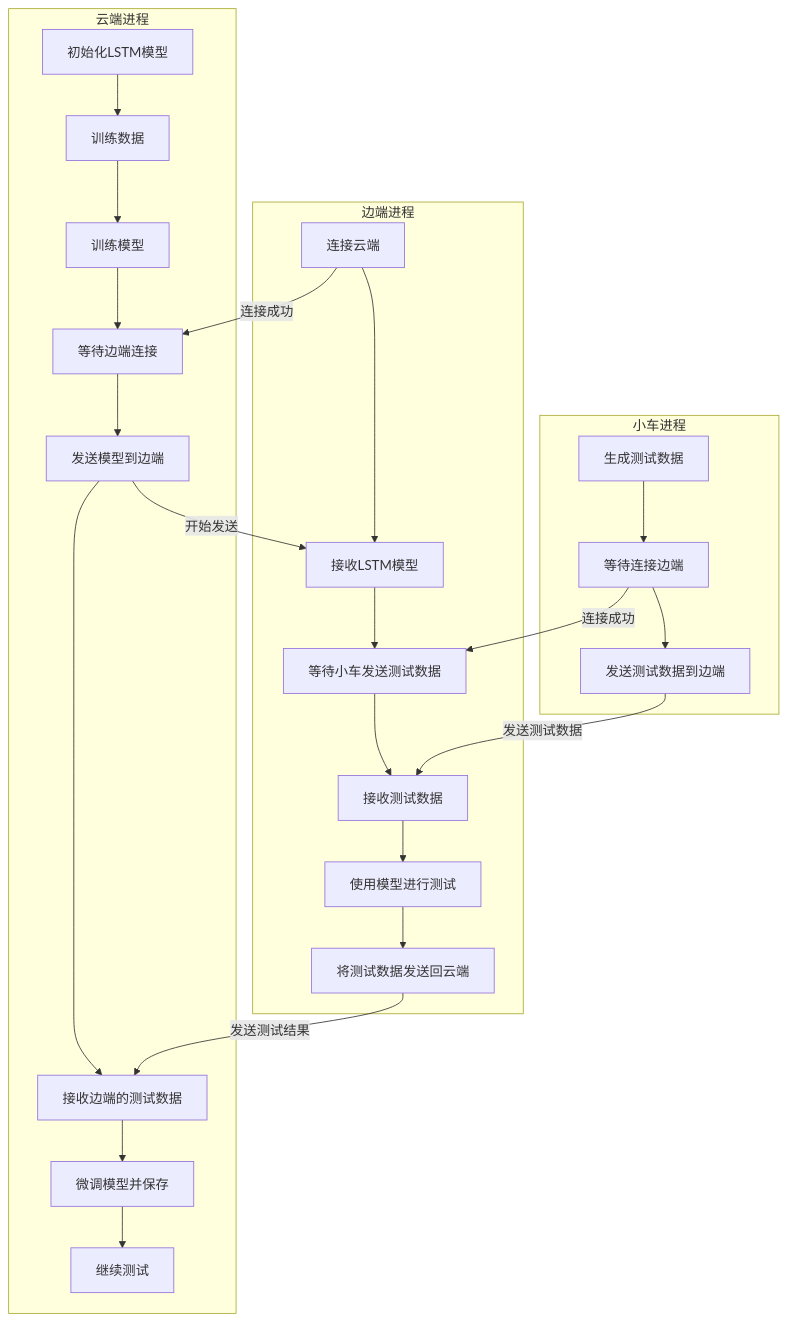
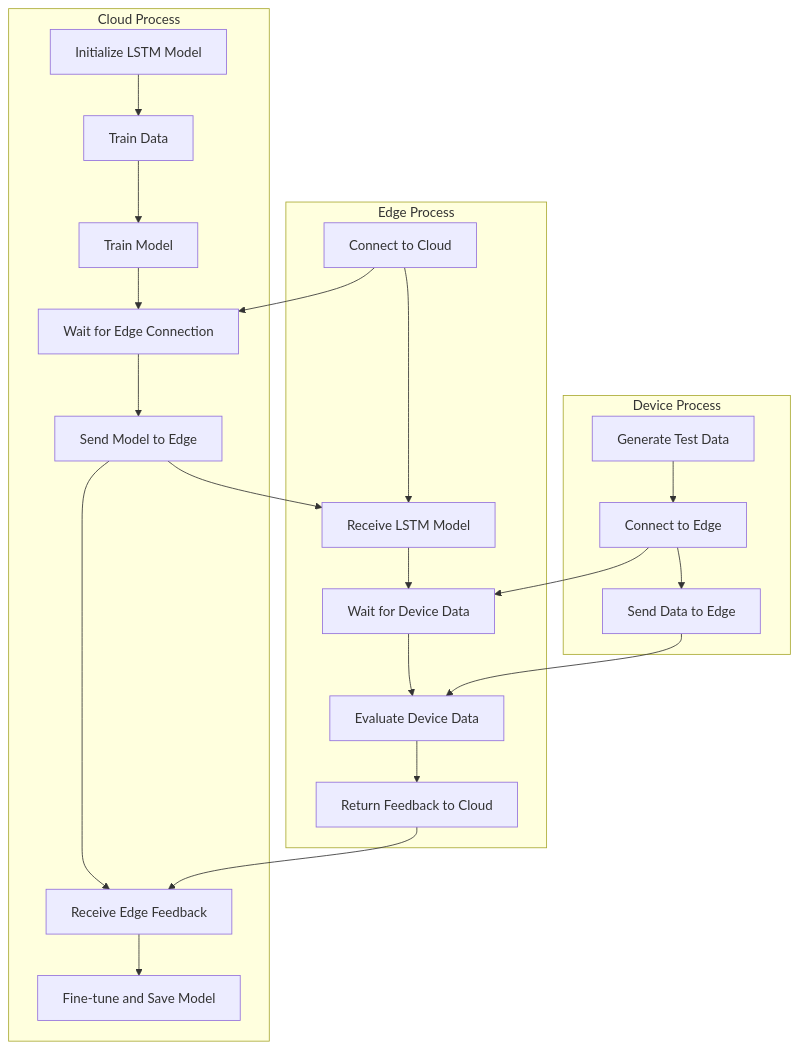
One commit to Fangzhou-Code/LSTMProject changed the diagram in README.md. Above: the diagram before and after it, drawn with Mermaid. The commit also changed other lines of this file, not shown here.

````diff
--- a/README.md
+++ b/README.md
@@ -204,31 +166,29 @@
 ```mermaid
 graph TD
-    subgraph 云端进程
-    A1[初始化LSTM模型] --> A2[训练数据]
-    A2 --> A3[训练模型]
-    A3 --> A4[等待边端连接]
-    A4 --> A5[发送模型到边端]
-    A5 --> A6[接收边端的测试数据]
-    A6 --> A7[微调模型并保存]
-    A7 --> A8[继续测试]
+    subgraph Cloud[Cloud Process]
+    A1[Initialize LSTM Model] --> A2[Train Data]
+    A2 --> A3[Train Model]
+    A3 --> A4[Wait for Edge Connection]
+    A4 --> A5[Send Model to Edge]
+    A5 --> A6[Receive Edge Feedback]
+    A6 --> A7[Fine-tune and Save Model]
     end
 
-    subgraph 边端进程
-    B1[连接云端] --> B2[接收LSTM模型]
-    B2 --> B3[等待小车发送测试数据]
-    B3[等待小车发送测试数据] --> B4[接收测试数据]
-    B4 --> B5[使用模型进行测试]
-    B5 --> B6[将测试数据发送回云端]
+    subgraph Edge[Edge Process]
+    B1[Connect to Cloud] --> B2[Receive LSTM Model]
+    B2 --> B3[Wait for Device Data]
+    B3 --> B4[Evaluate Device Data]
+    B4 --> B5[Return Feedback to Cloud]
     end
 
-    subgraph 小车进程
-    C1[生成测试数据] --> C2[等待连接边端]
-    C2 --> C3[发送测试数据到边端]
+    subgraph Device[Device Process]
+    C1[Generate Test Data] --> C2[Connect to Edge]
+    C2 --> C3[Send Data to Edge]
     end
 
-    B1 -->|连接成功| A4
-    A5 -->|开始发送| B2
-    C2 -->|连接成功| B3
-    B6 -->|发送测试结果| A6
-    C3 -->|发送测试数据| B4
+    B1 --> A4
+    A5 --> B2
+    C2 --> B3
+    C3 --> B4
+    B5 --> A6
 ```
````
